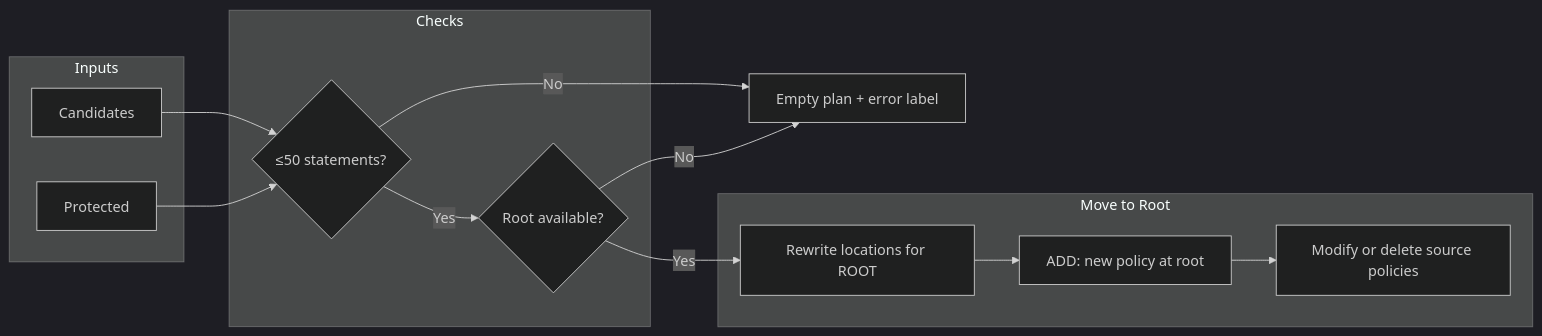
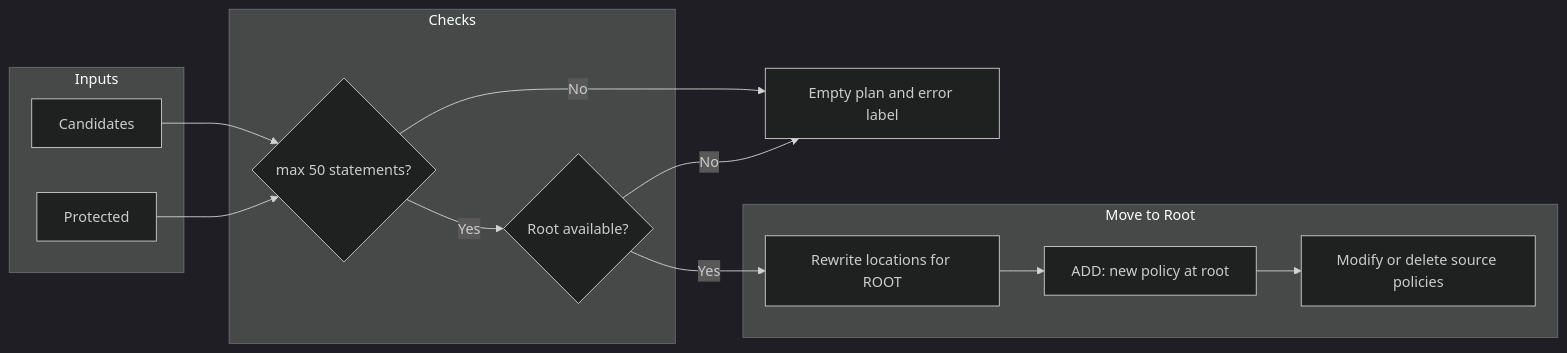
Before and after one commit to agregory999/oci-policy-analysis: the third of 10 diagrams in docs/context/project/CONTEXT_policy_consolidation.md, drawn with Mermaid (dark theme). The commit also changed other lines of this file, not shown here.

Commit message:
docs: Context mermaid

````diff
--- a/docs/context/project/CONTEXT_policy_consolidation.md
+++ b/docs/context/project/CONTEXT_policy_consolidation.md
@@ -112,24 +112,24 @@
 ```mermaid
 flowchart LR
     subgraph inputs["Inputs"]
         C[Candidates]
         P[Protected]
     end
     subgraph checks["Checks"]
-        L{≤50 statements?}
+        L{max 50 statements?}
         R{Root available?}
     end
     subgraph strategy["Move to Root"]
         W[Rewrite locations for ROOT]
         A[ADD: new policy at root]
         S[Modify or delete source policies]
     end
     C --> L
     P --> L
-    L -->|No| empty[Empty plan + error label]
+    L -->|No| empty[Empty plan and error label]
     L -->|Yes| R
     R -->|No| empty
     R -->|Yes| W
     W --> A
     A --> S
 ```
````
